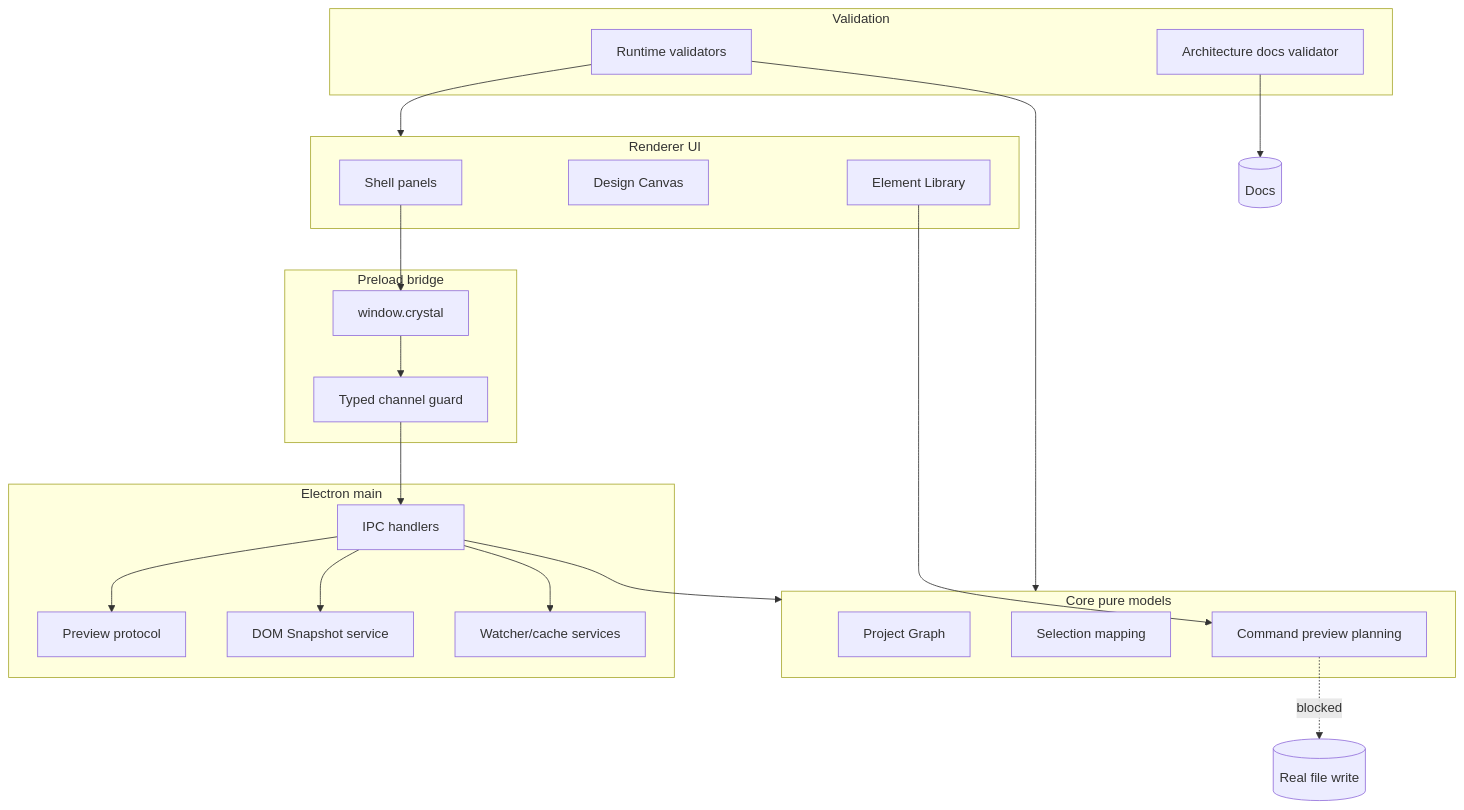
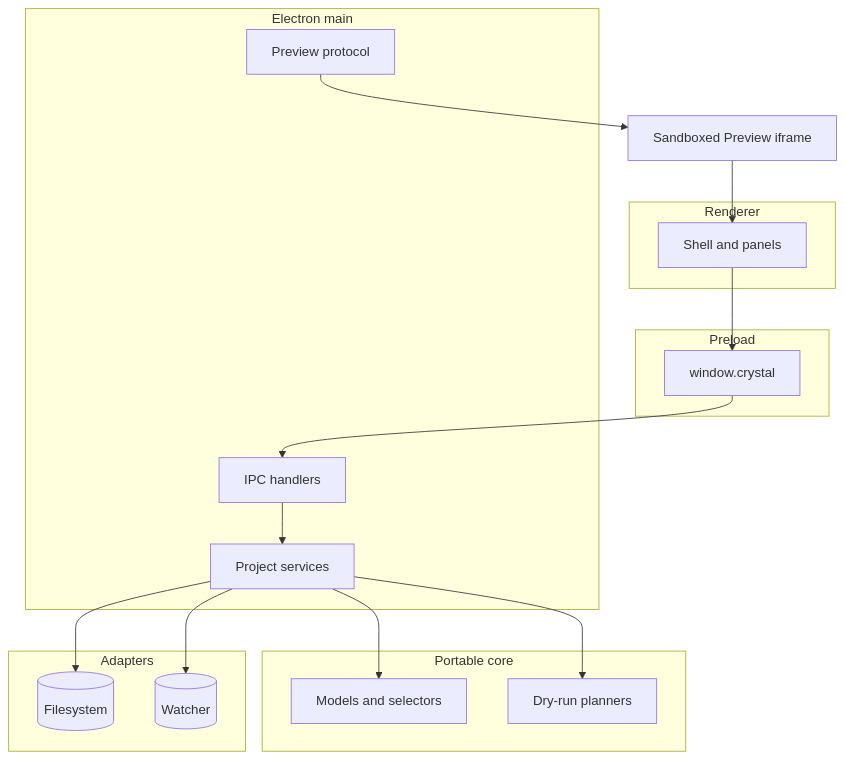
One commit to krestosa/Crystal changed the diagram in docs/architecture/README.md. Above: the diagram before and after it, drawn with Mermaid. The commit also changed other lines of this file and 60 other files, not shown here.

````diff
--- a/docs/architecture/README.md
+++ b/docs/architecture/README.md
@@ -69,42 +47,29 @@
 ```mermaid
 flowchart TD
-  subgraph Renderer[Renderer UI]
-    Shell[Shell panels]
-    Canvas[Design Canvas]
-    Library[Element Library]
+  subgraph UI[Renderer]
+    Shell[Shell and panels]
   end
-
-  subgraph Bridge[Preload bridge]
+  subgraph Bridge[Preload]
     API[window.crystal]
-    Channels[Typed channel guard]
   end
-
-  subgraph Main[Electron main]
+  subgraph Privileged[Electron main]
     IPC[IPC handlers]
-    Preview[Preview protocol]
-    Snapshot[DOM Snapshot service]
-    Watcher[Watcher/cache services]
+    Services[Project services]
+    Protocol[Preview protocol]
   end
-
-  subgraph Core[Core pure models]
-    Graph[Project Graph]
-    Selection[Selection mapping]
-    Commands[Command preview planning]
+  subgraph Logic[Portable core]
+    Models[Models and selectors]
+    Plans[Dry-run planners]
   end
-
-  subgraph Validators[Validation]
-    RuntimeChecks[Runtime validators]
-    DocsChecks[Architecture docs validator]
+  subgraph Effects[Adapters]
+    FS[(Filesystem)]
+    Watcher[(Watcher)]
   end
-
-  Shell --> API --> Channels --> IPC
-  IPC --> Preview
-  IPC --> Snapshot
-  IPC --> Watcher
-  IPC --> Core
-  Library --> Commands
-  Commands -. blocked .-> FileWrite[(Real file write)]
-  RuntimeChecks --> Renderer
-  RuntimeChecks --> Core
-  DocsChecks --> Docs[(Docs)]
+  Shell --> API --> IPC --> Services
+  Services --> Models
+  Services --> Plans
+  Services --> FS
+  Services --> Watcher
+  Protocol --> Frame[Sandboxed Preview iframe]
+  Frame --> Shell
 ```
````
